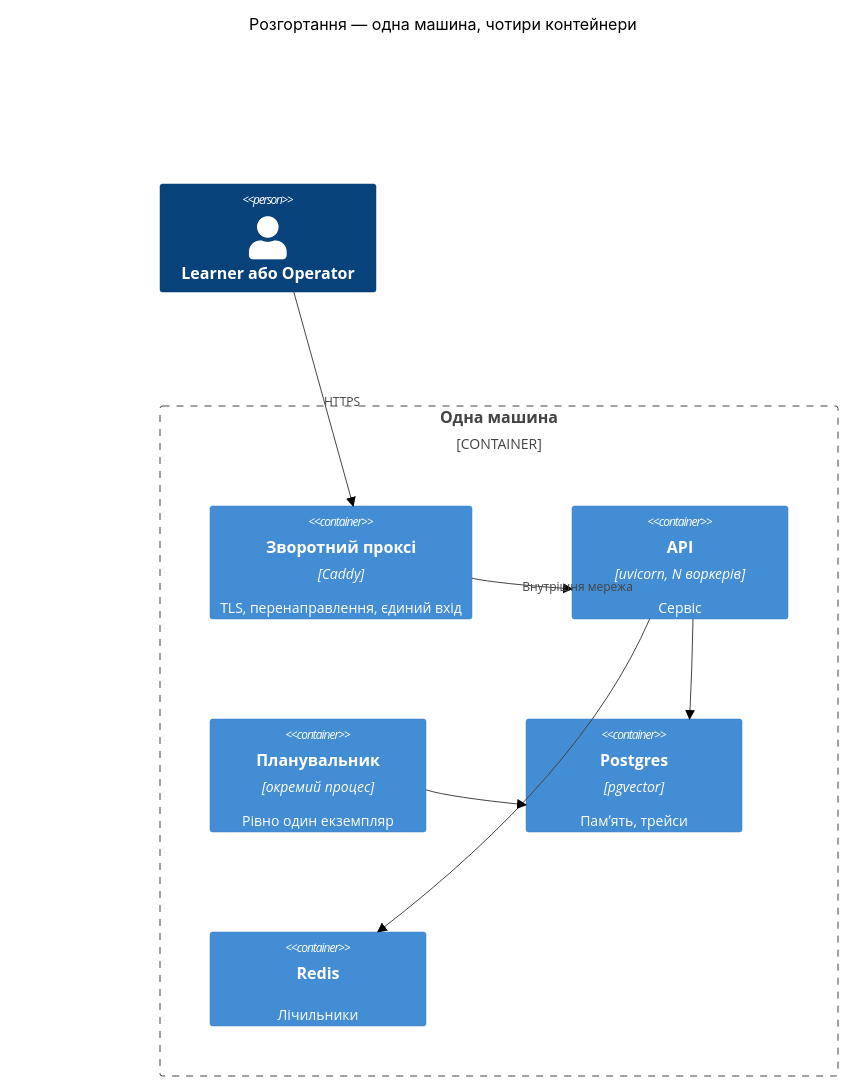
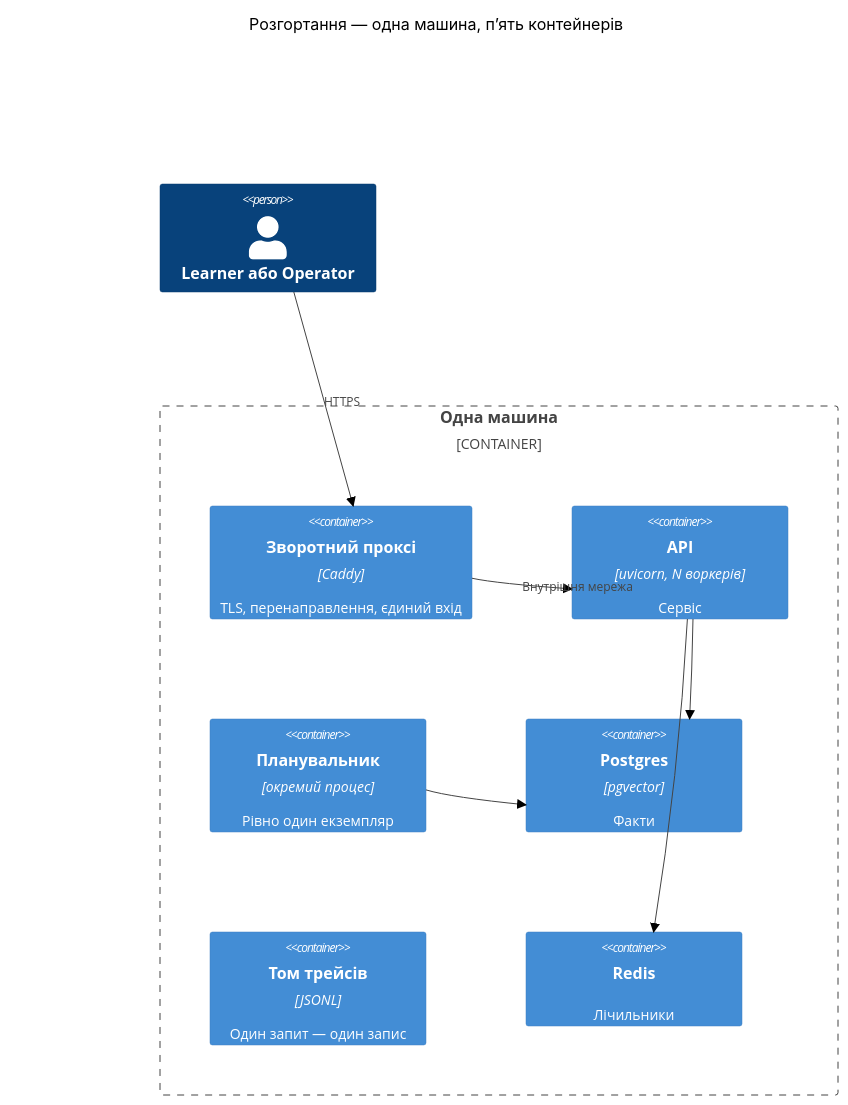
The sixth of 6 diagrams in docs/features/s06-platform/sad.md (AZANIR/agentic-ai), drawn with Mermaid (neutral theme) before and after one commit. The commit also changed other lines of this file and 6 other files, not shown here.

````diff
--- a/docs/features/s06-platform/sad.md
+++ b/docs/features/s06-platform/sad.md
@@ -266,20 +277,21 @@
 ```mermaid
 C4Container
-    title Розгортання — одна машина, чотири контейнери
+    title Розгортання — одна машина, пʼять контейнерів
 
     Person(user, "Learner або Operator")
 
     Container_Boundary(vm, "Одна машина") {
         Container(proxy, "Зворотний проксі", "Caddy", "TLS, перенаправлення, єдиний вхід")
         Container(api, "API", "uvicorn, N воркерів", "Сервіс")
         Container(sched, "Планувальник", "окремий процес", "Рівно один екземпляр")
-        Container(pg, "Postgres", "pgvector", "Памʼять, трейси")
+        Container(pg, "Postgres", "pgvector", "Факти")
+        Container(vol, "Том трейсів", "JSONL", "Один запит — один запис")
         Container(redis, "Redis", "", "Лічильники")
     }
 
     Rel(user, proxy, "HTTPS")
     Rel(proxy, api, "Внутрішня мережа")
     Rel(api, pg, "")
     Rel(api, redis, "")
     Rel(sched, pg, "")
 ```
````
